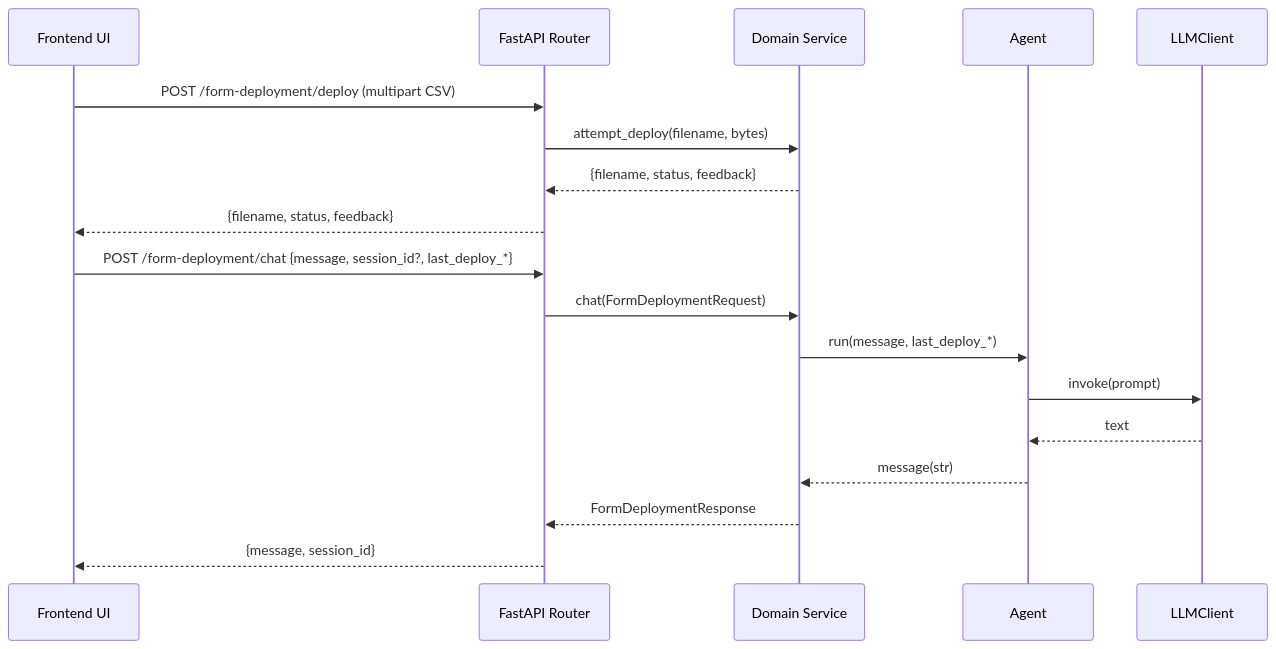
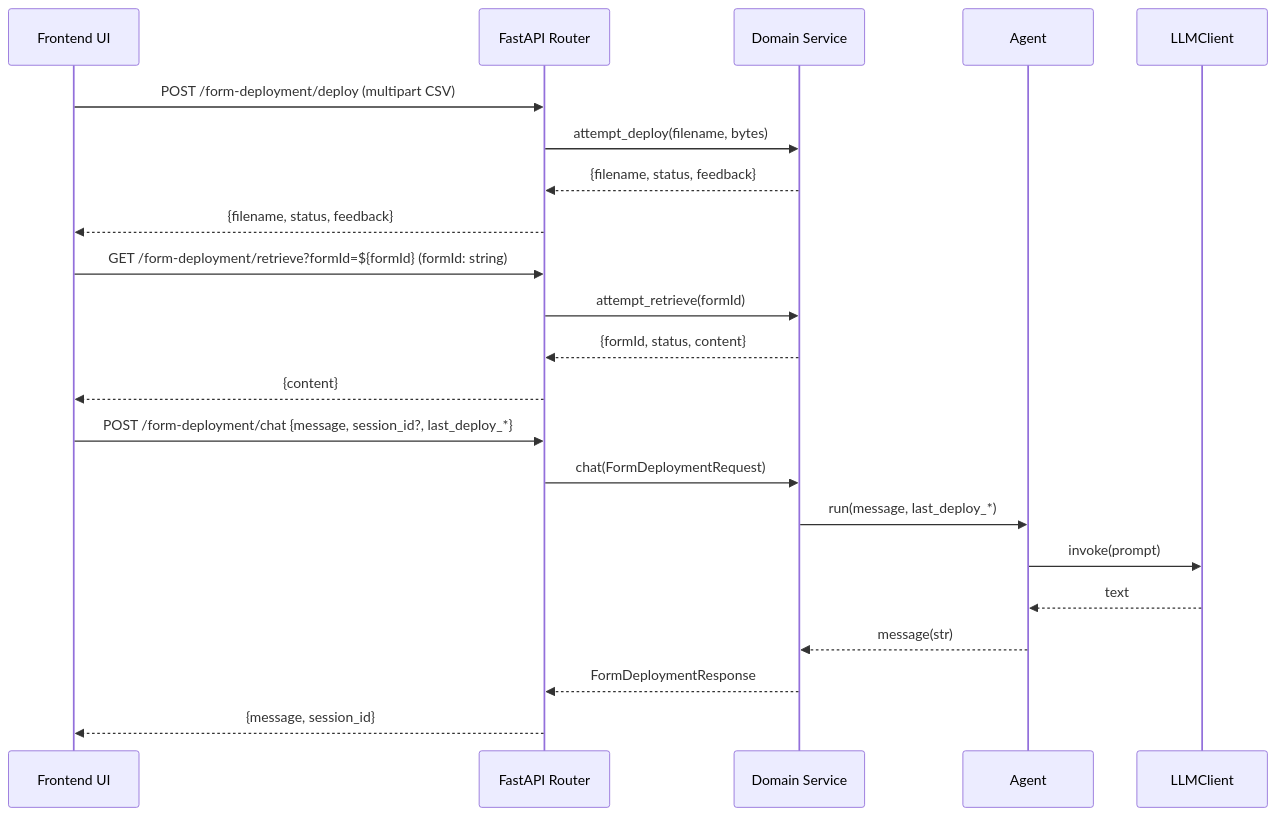
The third of 3 diagrams in docs/example-data-flow.md (genilab/sensible-forms), drawn with Mermaid before and after one commit. The commit also changed other lines of this file and 37 other files, not shown here.

````diff
--- a/docs/example-data-flow.md
+++ b/docs/example-data-flow.md
@@ -100,22 +105,27 @@
 ```mermaid
 sequenceDiagram
   participant UI as Frontend UI
   participant API as FastAPI Router
   participant SVC as Domain Service
   participant AG as Agent
   participant LLM as LLMClient
 
   UI->>API: POST /form-deployment/deploy (multipart CSV)
   API->>SVC: attempt_deploy(filename, bytes)
   SVC-->>API: {filename, status, feedback}
   API-->>UI: {filename, status, feedback}
 
+  UI->>API: GET /form-deployment/retrieve?formId=${formId} (formId: string)
+  API->>SVC: attempt_retrieve(formId)
+  SVC-->>API: {formId, status, content}
+  API-->>UI: {content}
+
   UI->>API: POST /form-deployment/chat {message, session_id?, last_deploy_*}
   API->>SVC: chat(FormDeploymentRequest)
   SVC->>AG: run(message, last_deploy_*)
   AG->>LLM: invoke(prompt)
   LLM-->>AG: text
   AG-->>SVC: message(str)
   SVC-->>API: FormDeploymentResponse
   API-->>UI: {message, session_id}
 ```
````
